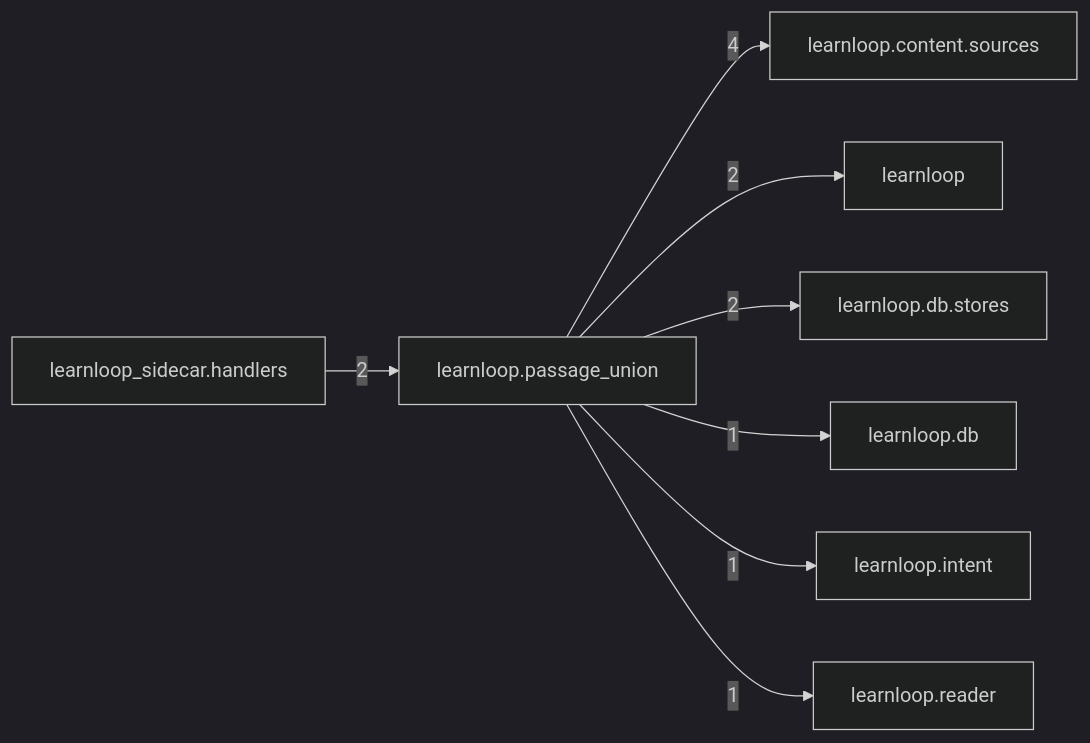
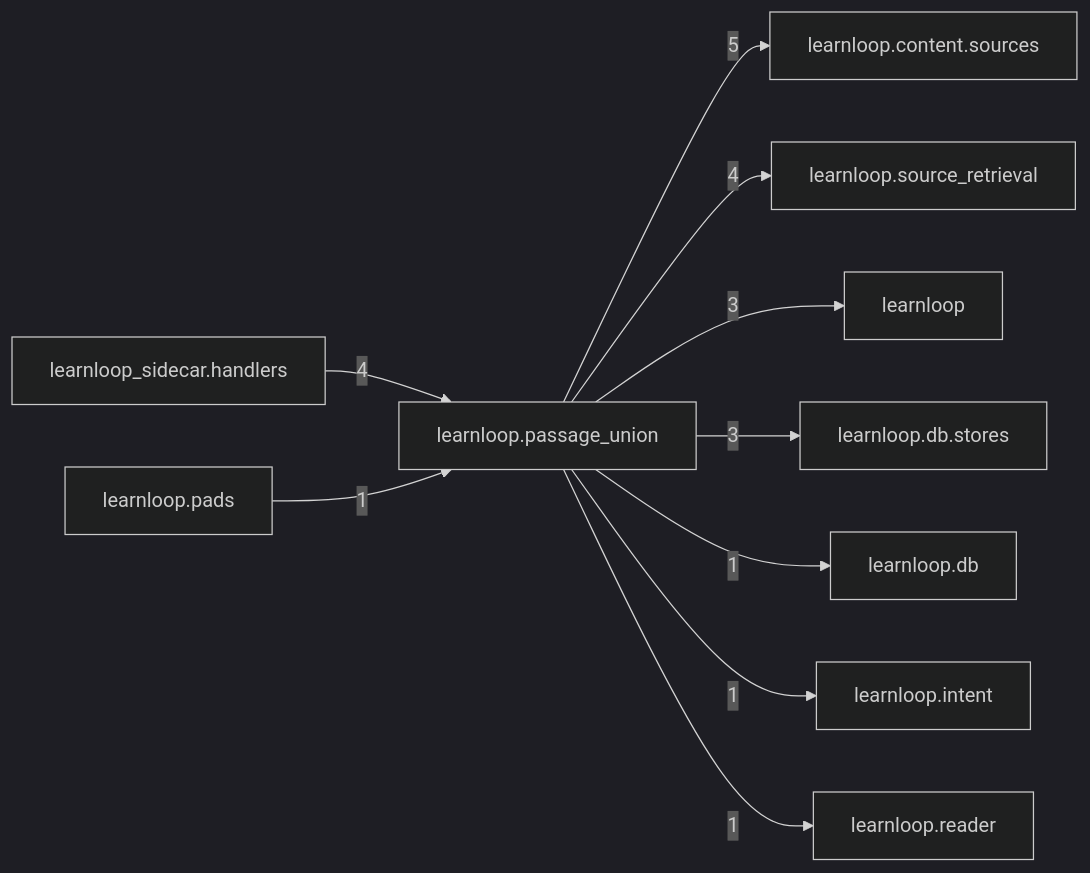
Before and after one commit to 6up-b/learnanything: the diagram in docs/learnloop-architecture-vault/Reference/Modules/learnloop/passage_union/_package.md, drawn with Mermaid (dark theme). The commit also changed other lines of this file and 46 other files, not shown here.

````diff
--- a/docs/learnloop-architecture-vault/Reference/Modules/learnloop/passage_union/_package.md
+++ b/docs/learnloop-architecture-vault/Reference/Modules/learnloop/passage_union/_package.md
@@ -70,18 +76,22 @@
 ```mermaid
 flowchart LR
     center["learnloop.passage_union"]
     n_learnloop_content_sources["learnloop.content.sources"]
+    n_learnloop_source_retrieval["learnloop.source_retrieval"]
+    n_learnloop_sidecar_handlers["learnloop_sidecar.handlers"]
     n_learnloop["learnloop"]
     n_learnloop_db_stores["learnloop.db.stores"]
-    n_learnloop_sidecar_handlers["learnloop_sidecar.handlers"]
     n_learnloop_db["learnloop.db"]
     n_learnloop_intent["learnloop.intent"]
+    n_learnloop_pads["learnloop.pads"]
     n_learnloop_reader["learnloop.reader"]
-    center -->|4| n_learnloop_content_sources
-    center -->|2| n_learnloop
-    center -->|2| n_learnloop_db_stores
-    n_learnloop_sidecar_handlers -->|2| center
+    center -->|5| n_learnloop_content_sources
+    center -->|4| n_learnloop_source_retrieval
+    n_learnloop_sidecar_handlers -->|4| center
+    center -->|3| n_learnloop
+    center -->|3| n_learnloop_db_stores
     center -->|1| n_learnloop_db
     center -->|1| n_learnloop_intent
+    n_learnloop_pads -->|1| center
     center -->|1| n_learnloop_reader
 ```
````
